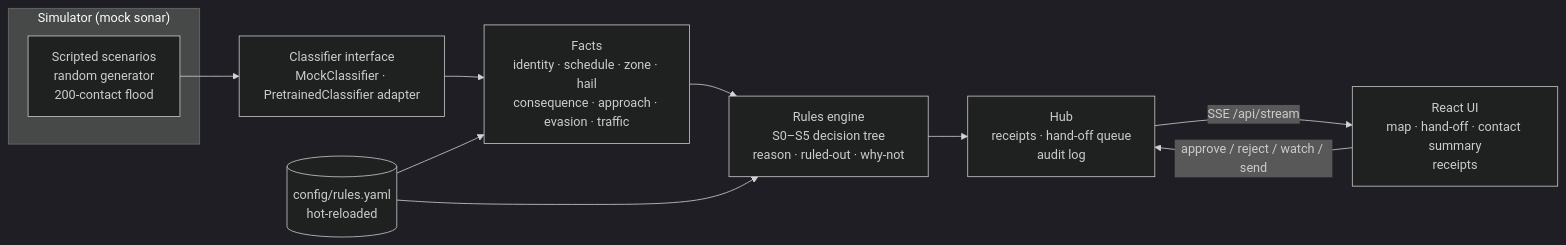
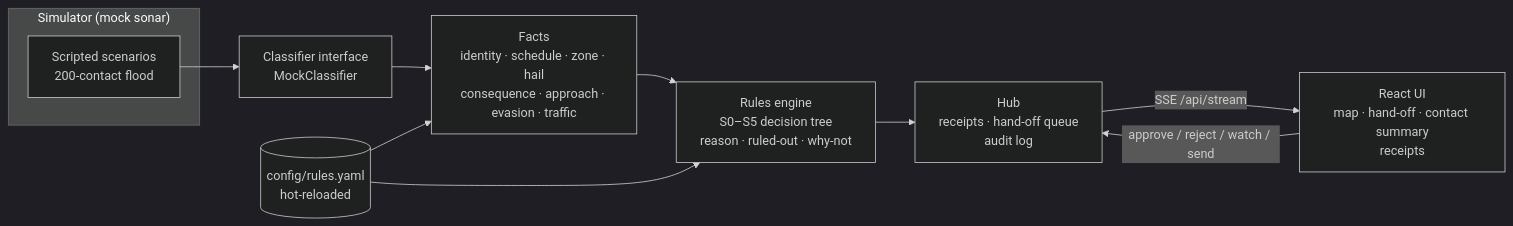
Before and after one commit to kaushik-lankoji/quietwater: the first of 2 diagrams in README.md, drawn with Mermaid (dark theme). The commit also changed other lines of this file and 14 other files, not shown here.

````diff
--- a/README.md
+++ b/README.md
@@ -43,14 +43,14 @@
 ```mermaid
 flowchart LR
   subgraph SIM["Simulator (mock sonar)"]
-    SC["Scripted scenarios<br/>random generator<br/>200-contact flood"]
+    SC["Scripted scenarios<br/>200-contact flood"]
   end
-  SC --> CL["Classifier interface<br/>MockClassifier · PretrainedClassifier adapter"]
+  SC --> CL["Classifier interface<br/>MockClassifier"]
   CL --> FA["Facts<br/>identity · schedule · zone · hail<br/>consequence · approach · evasion · traffic"]
   RY[("config/rules.yaml<br/>hot-reloaded")] --> FA
   RY --> EN
   FA --> EN["Rules engine<br/>S0–S5 decision tree<br/>reason · ruled-out · why-not"]
   EN --> HUB["Hub<br/>receipts · hand-off queue<br/>audit log"]
   HUB -- "SSE /api/stream" --> UI["React UI<br/>map · hand-off · contact summary<br/>receipts"]
   UI -- "approve / reject / watch / send" --> HUB
 ```
````
